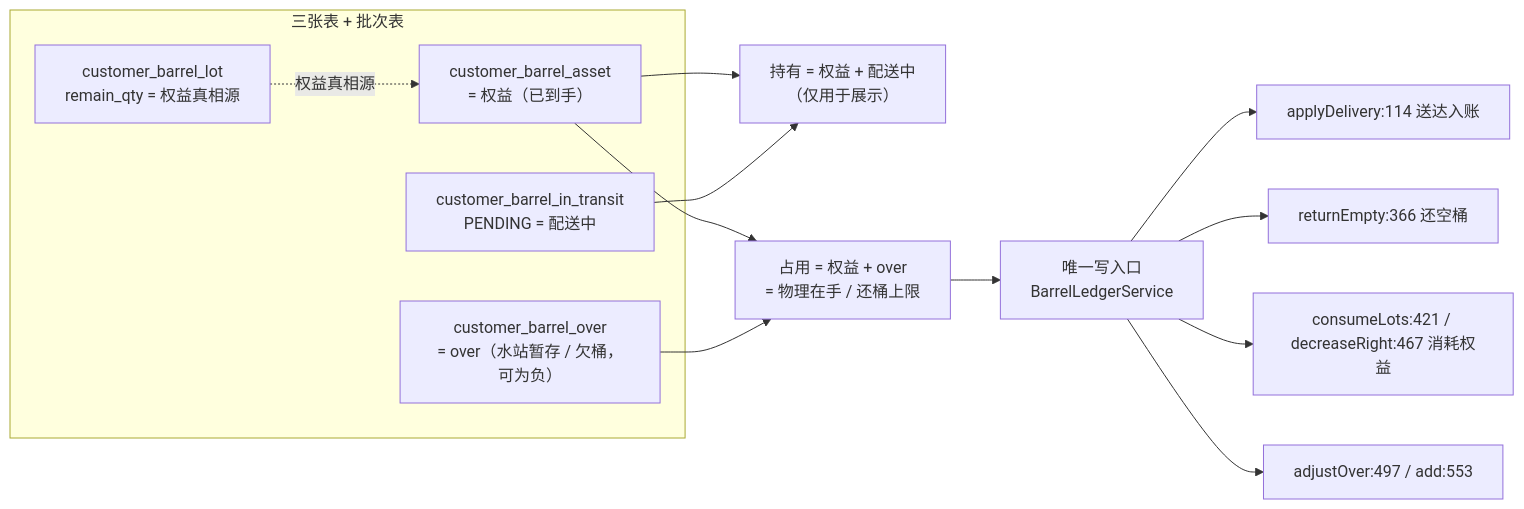
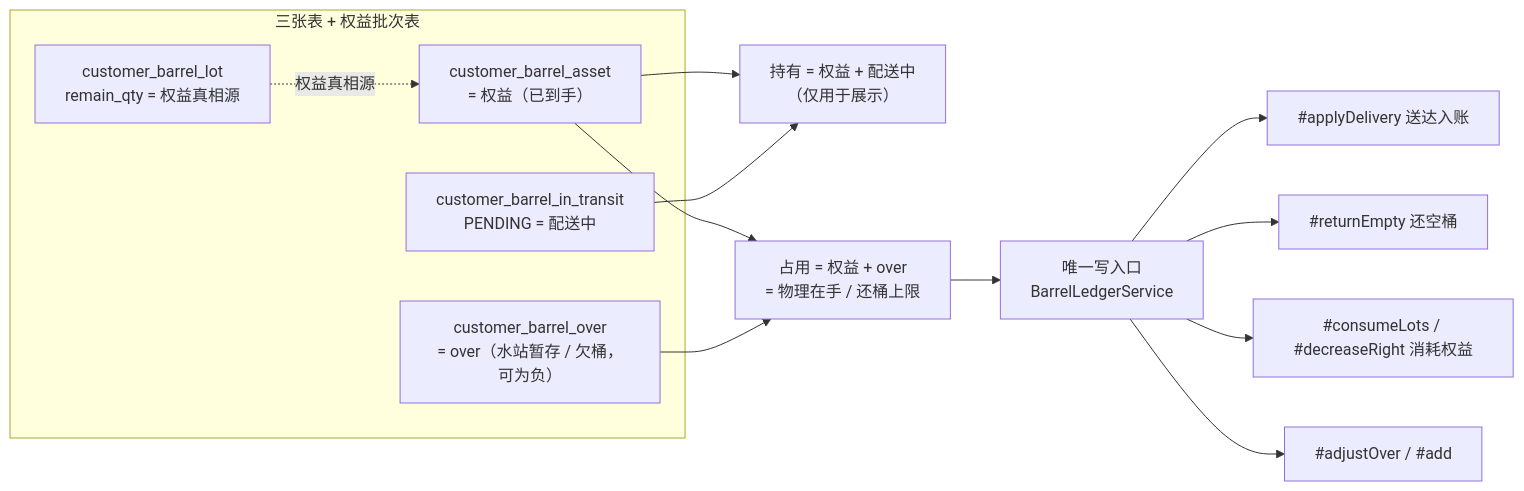
Before and after one commit to rumiasu/AquaFlow: the sixth of 10 diagrams in docs/design/15-业务流程地图.md, drawn with Mermaid. The commit also changed other lines of this file and 54 other files, not shown here.

````diff
--- a/docs/design/15-业务流程地图.md
+++ b/docs/design/15-业务流程地图.md
@@ -231,19 +199,19 @@
 ```mermaid
 flowchart LR
-  subgraph TABLES["三张表 + 批次表"]
+  subgraph TABLES["三张表 + 权益批次表"]
     T1["customer_barrel_asset<br/>= 权益（已到手）"]
     T2["customer_barrel_in_transit<br/>PENDING = 配送中"]
     T3["customer_barrel_over<br/>= over（水站暂存 / 欠桶，可为负）"]
     T4["customer_barrel_lot<br/>remain_qty = 权益真相源"]
   end
   T1 --> E1["持有 = 权益 + 配送中<br/>（仅用于展示）"]
   T2 --> E1
   T1 --> E2["占用 = 权益 + over<br/>= 物理在手 / 还桶上限"]
   T3 --> E2
   T4 -.->|"权益真相源"| T1
   E2 --> U["唯一写入口<br/>BarrelLedgerService"]
-  U --> W1["applyDelivery:114 送达入账"]
-  U --> W2["returnEmpty:366 还空桶"]
-  U --> W3["consumeLots:421 / decreaseRight:467 消耗权益"]
-  U --> W4["adjustOver:497 / add:553"]
+  U --> W1["#applyDelivery 送达入账"]
+  U --> W2["#returnEmpty 还空桶"]
+  U --> W3["#consumeLots / #decreaseRight 消耗权益"]
+  U --> W4["#adjustOver / #add"]
 ```
````
